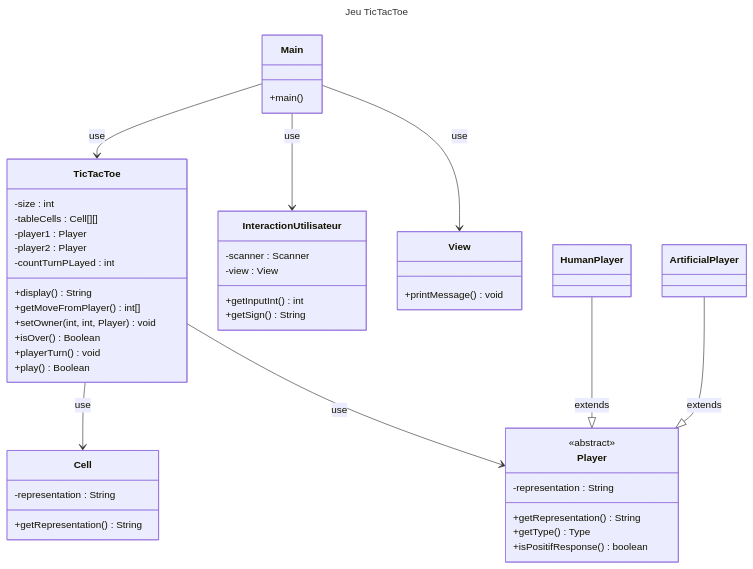
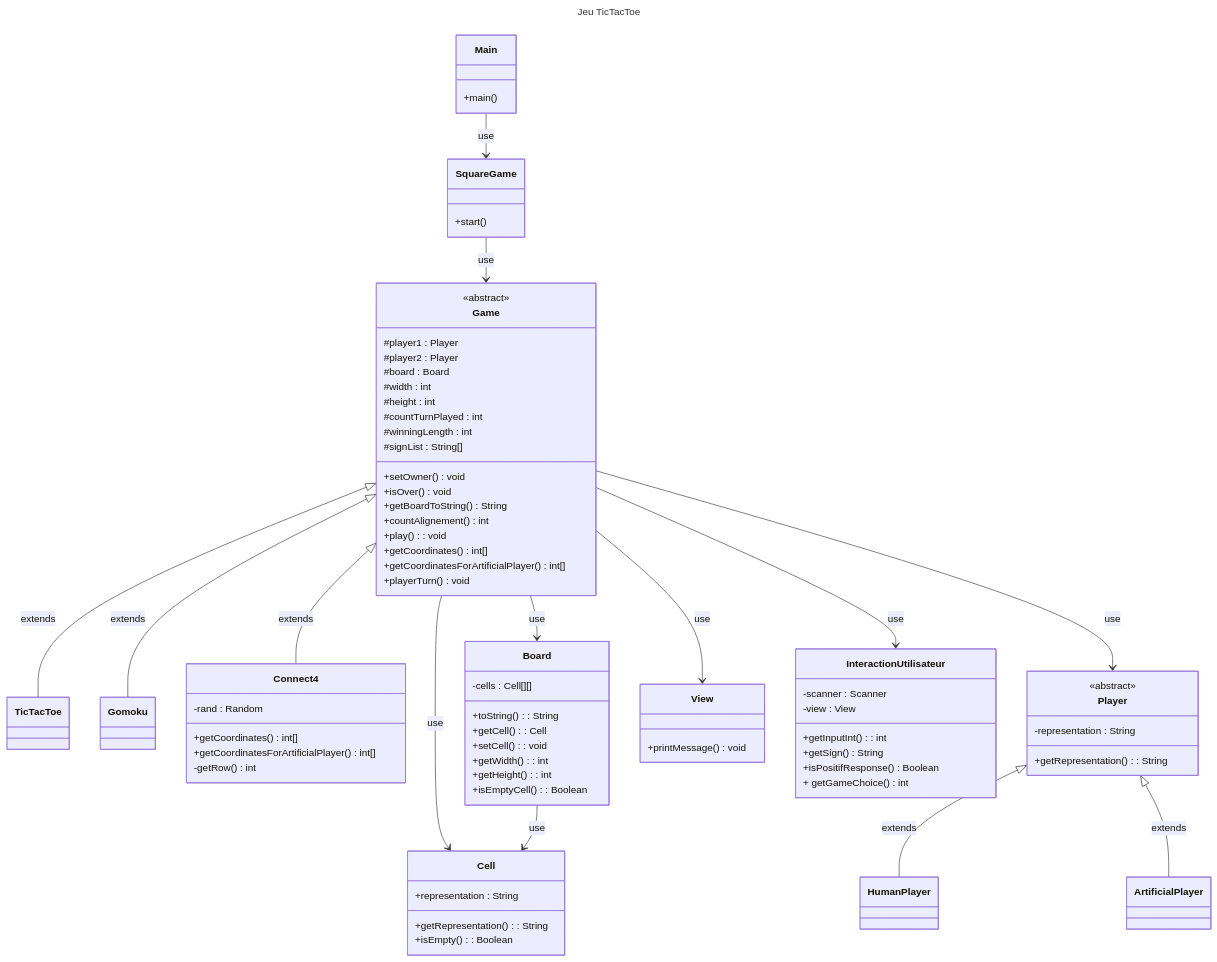
The diagram in readme.md (GeraudClmt/Square-Game), drawn with Mermaid before and after one commit. The commit also changed other lines of this file and 1 other file, not shown here.

Commit message:
Mise à jour du mermaid

````diff
--- a/readme.md
+++ b/readme.md
@@ -28,54 +28,89 @@
 title: Jeu TicTacToe
 ---
 classDiagram
-		TicTacToe --> Cell : use
-		TicTacToe --> Player : use
-		Main --> TicTacToe : use
-		Main --> InteractionUtilisateur : use
-        Main --> View : use
-		HumanPlayer --|> Player : extends
-        ArtificialPlayer --|> Player : extends
-		class Main{
-				+main()
-		}
-    class Cell{
-		    -representation : String
-        +getRepresentation()String
+    Main --> SquareGame : use
+    SquareGame --> Game : use
+    Game <|-- TicTacToe : extends
+    Game <|-- Gomoku : extends
+    Game <|-- Connect4 : extends
+    Game --> Board : use
+    Game --> Cell : use
+    Game --> Player : use
+    Game --> View : use
+    Game --> InteractionUtilisateur : use
+    Board --> Cell : use
+    Player <|-- HumanPlayer : extends
+    Player <|-- ArtificialPlayer : extends
+
+    class Main{
+        +main()
+    }
+    class SquareGame{
+        +start()
+    }
+    class Game{
+        <<abstract>>
+        #player1 : Player
+        #player2 : Player
+        #board : Board
+        #width : int
+        #height : int
+        #countTurnPlayed : int
+        #winningLength : int
+        #signList : String[]
+        +setOwner() void
+        +isOver() void
+        +getBoardToString() String
+        +countAlignement() int
+        +play(): void
+        +getCoordinates() int[]
+        +getCoordinatesForArtificialPlayer() int[]
+        +playerTurn() void
     }
     class TicTacToe{
-		    -size : int
-		    -tableCells : Cell[][]
-		    -player1 : Player
-		    -player2 : Player
-		    -countTurnPLayed : int
-        +display() String
-        +getMoveFromPlayer() int[]
-        +setOwner(int, int, Player) void
-        +isOver() Boolean
-        +playerTurn() void
-        +play() Boolean
     }
-    class  Player{
-            <<abstract>>
-		    -representation : String
-		    +getRepresentation() String
-		    +getType() Type
-		    +isPositifResponse() boolean
+    class Gomoku{
     }
-    class InteractionUtilisateur{
-		    -scanner : Scanner
-		    -view : View
-		    +getInputInt() int
-		    +getSign() String
+    class Connect4{
+        -rand : Random
+        +getCoordinates() int[]
+        +getCoordinatesForArtificialPlayer() int[]
+        -getRow() int
+    }
+    class Board{
+        -cells : Cell[][]
+        +toString() : String
+        +getCell() : Cell
+        +setCell() : void
+        +getWidth() : int
+        +getHeight() : int
+        +isEmptyCell(): Boolean
+    }
+    class Cell{
+        +representation : String
+        +getRepresentation() : String
+        +isEmpty() : Boolean
+    }
+    class Player{
+        <<abstract>>
+        -representation : String
+        +getRepresentation() : String
+    }
+    class HumanPlayer{
+
+    }
+    class ArtificialPlayer{
 
     }
     class View{
         +printMessage() void
     }
-    class HumanPlayer{
-        
-    }
-    class ArtificialPlayer{
-        
+    class InteractionUtilisateur{
+        -scanner : Scanner
+        -view : View
+        +getInputInt() : int
+        +getSign() String
+        +isPositifResponse() Boolean
+        + getGameChoice() int
     }
 ```
````
